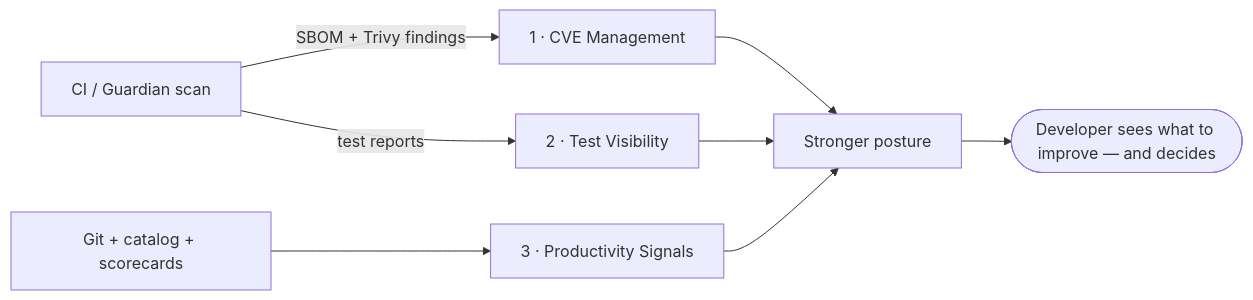
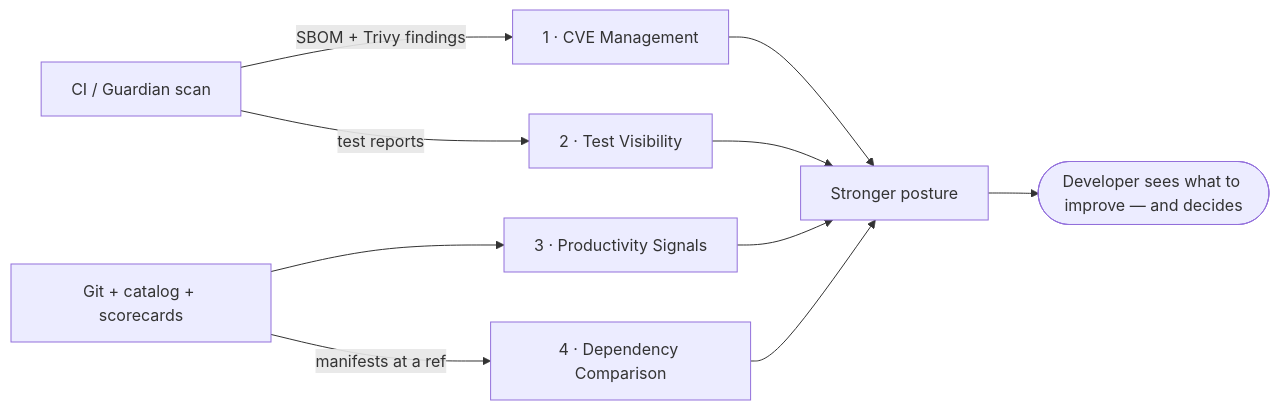
Before and after one commit to wxops/wxops-portal: the diagram in docs/roadmap/devex-integrations.md, drawn with Mermaid. The commit also changed other lines of this file and 52 other files, not shown here.

````diff
--- a/docs/roadmap/devex-integrations.md
+++ b/docs/roadmap/devex-integrations.md
@@ -14,10 +14,12 @@
 ```mermaid
 flowchart LR
     CI["CI / Guardian scan"] -->|SBOM + Trivy findings| F1["1 · CVE Management"]
     CI -->|test reports| F2["2 · Test Visibility"]
     GIT["Git + catalog + scorecards"] --> F3["3 · Productivity Signals"]
+    GIT -->|manifests at a ref| F4["4 · Dependency Comparison"]
     F1 --> POST["Stronger posture"]
     F2 --> POST
     F3 --> POST
+    F4 --> POST
     POST --> DEV(["Developer sees what to improve — and decides"])
 ```
````
